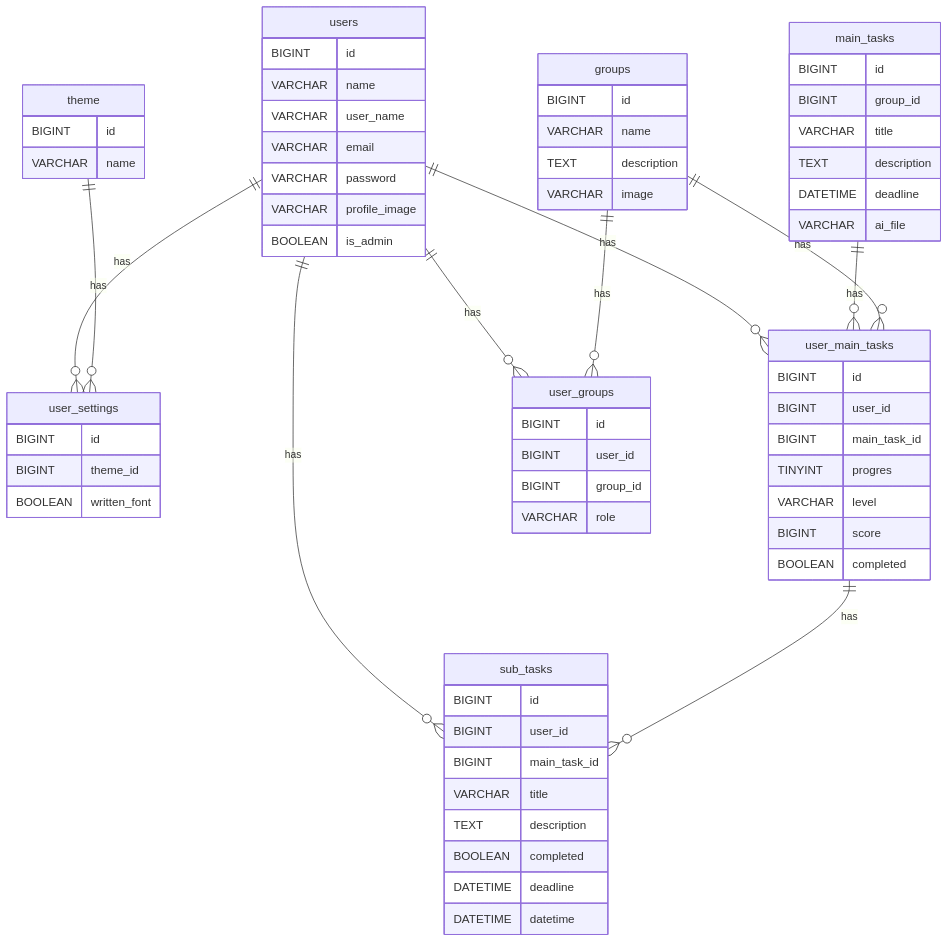
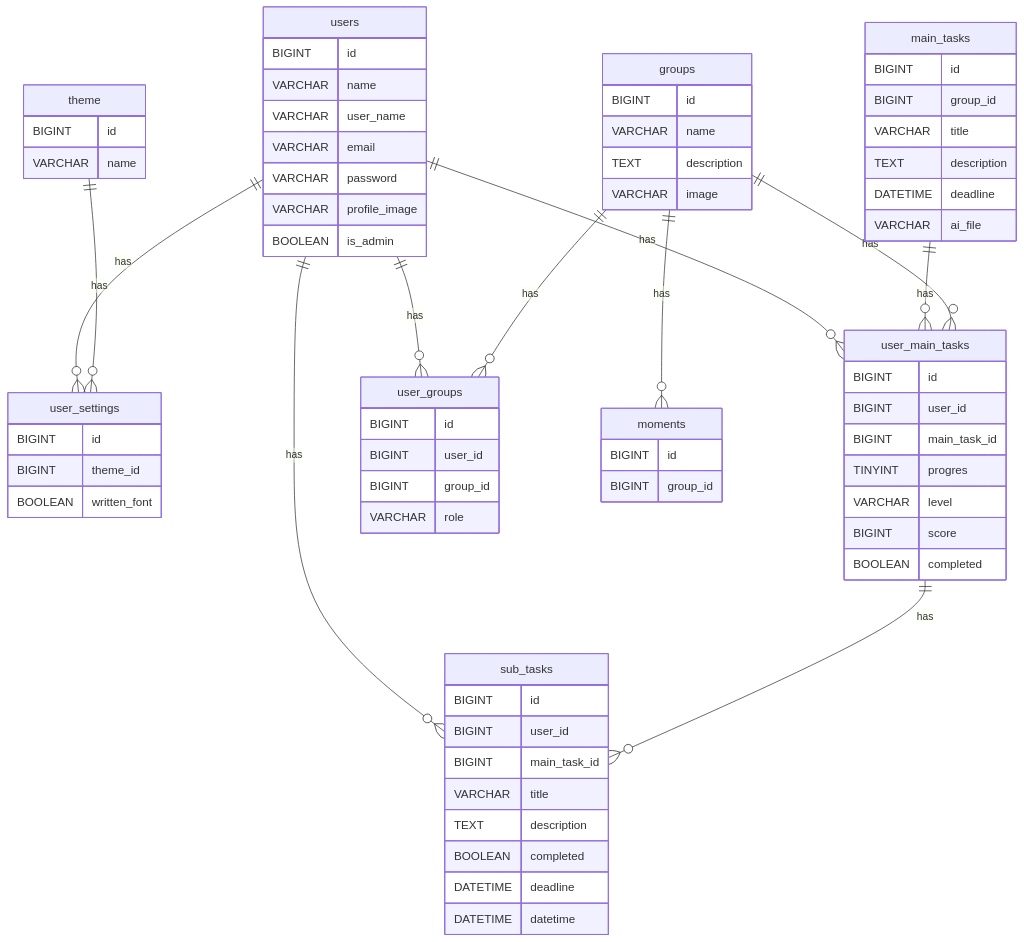
The diagram in README.md (dingoskye/tle8-startup), drawn with Mermaid before and after one commit. The commit also changed other lines of this file, not shown here.

````diff
--- a/README.md
+++ b/README.md
@@ -77,71 +125,77 @@
 ```mermaid
 erDiagram
     users {
         BIGINT id
         VARCHAR name
         VARCHAR user_name
         VARCHAR email
         VARCHAR password
         VARCHAR profile_image
         BOOLEAN is_admin
     }
     user_settings {
         BIGINT id
         BIGINT theme_id
         BOOLEAN written_font
     }
     theme {
         BIGINT id
         VARCHAR name
     }
     user_main_tasks {
         BIGINT id
         BIGINT user_id
         BIGINT main_task_id
         TINYINT progres
         VARCHAR level
         BIGINT score
         BOOLEAN completed
     }
     main_tasks {
         BIGINT id
         BIGINT group_id
         VARCHAR title
         TEXT description
         DATETIME deadline
         VARCHAR ai_file
     }
 
     groups {
         BIGINT id
         VARCHAR name
         TEXT description
         VARCHAR image
     }
     user_groups {
         BIGINT id
         BIGINT user_id
         BIGINT group_id
         VARCHAR role
     }
     sub_tasks {
         BIGINT id
         BIGINT user_id
         BIGINT main_task_id
         VARCHAR title
         TEXT description
         BOOLEAN completed
         DATETIME deadline
         DATETIME datetime
     }
+    moments {
+        BIGINT id
+        BIGINT group_id
+    }
+
     users ||--o{ user_main_tasks: has
     main_tasks ||--o{ user_main_tasks: has
     users ||--o{ sub_tasks: has
     users ||--o{ user_settings: has
     users ||--o{ user_groups: has
     theme ||--o{ user_settings: has
     groups ||--o{ user_main_tasks: has
     user_main_tasks ||--o{ sub_tasks: has
     groups ||--o{ user_groups: has
+    groups ||--o{ moments: has
 
 ```
````
